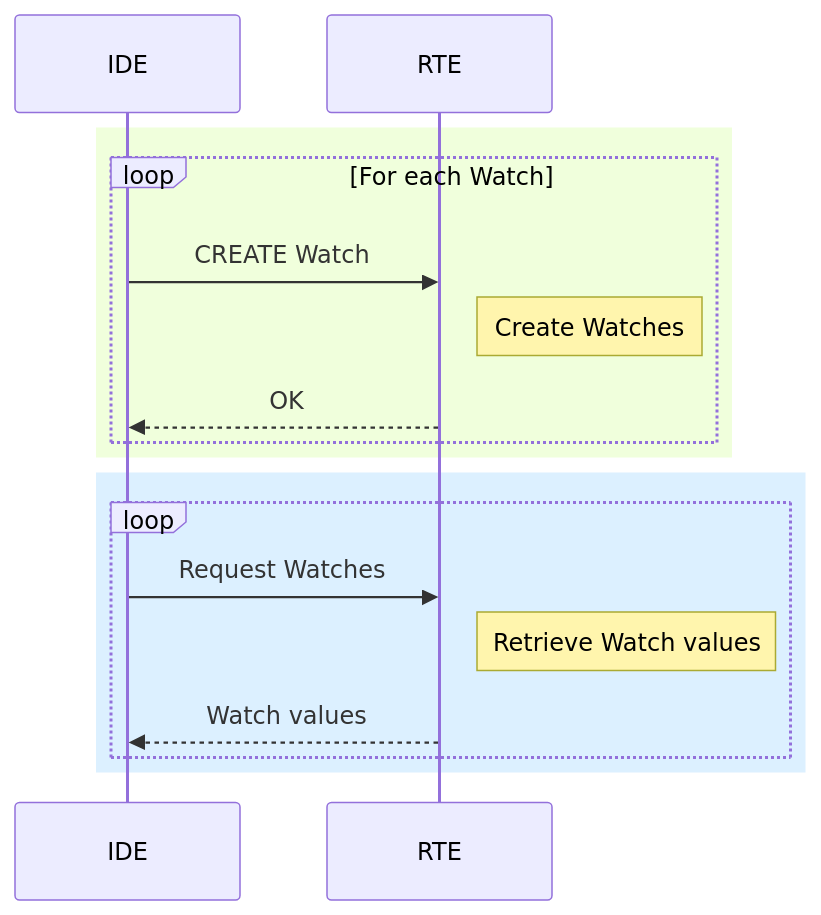
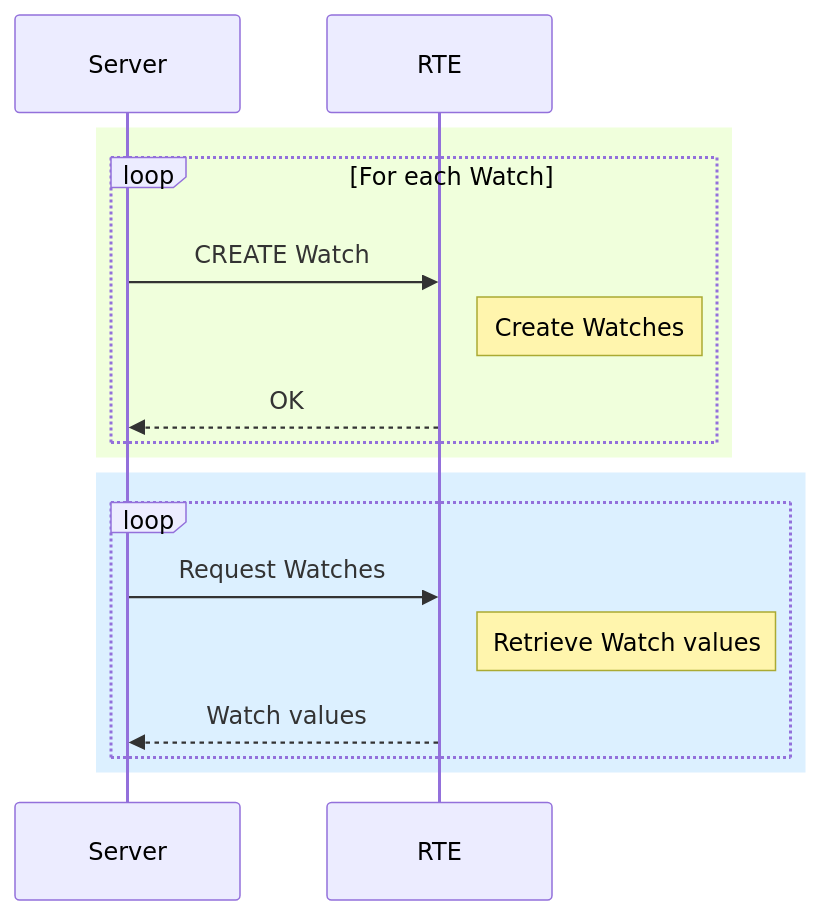
Before and after one commit to Pedro-Beirao/PTERO: the third of 3 diagrams in report/figures/diagrams_src/uml.md, drawn with Mermaid. The commit also changed other lines of this file and 10 other files, not shown here.

````diff
--- a/report/figures/diagrams_src/uml.md
+++ b/report/figures/diagrams_src/uml.md
@@ -57,18 +57,18 @@
 ```mermaid
 sequenceDiagram
     rect rgb(240,255,220)
         loop For each Watch
-            IDE->>RTE: CREATE Watch
+            Server->>RTE: CREATE Watch
             Note right of RTE: Create Watches
-            RTE-->>IDE: OK
+            RTE-->>Server: OK
         end
     end
 
     rect rgb(220, 240, 255)
         loop
-            IDE->>RTE: Request Watches
+            Server->>RTE: Request Watches
             Note right of RTE: Retrieve Watch values
-            RTE-->>IDE: Watch values
+            RTE-->>Server: Watch values
         end
     end
 ```
````
